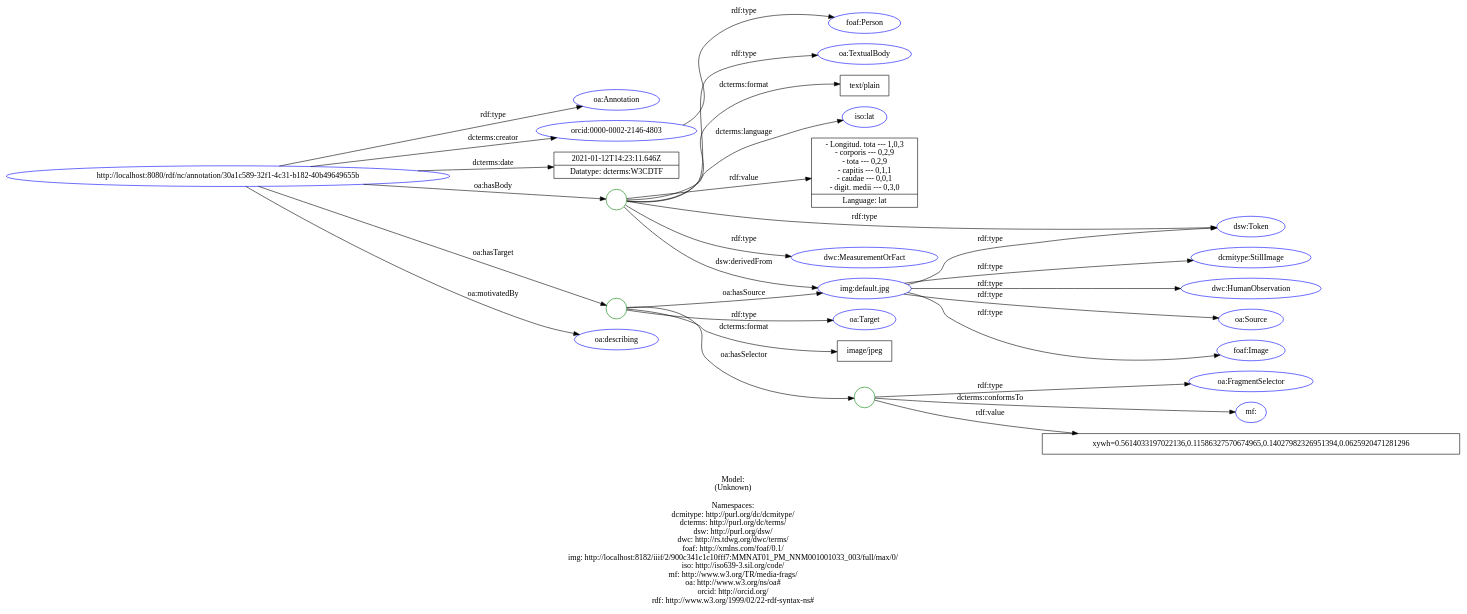
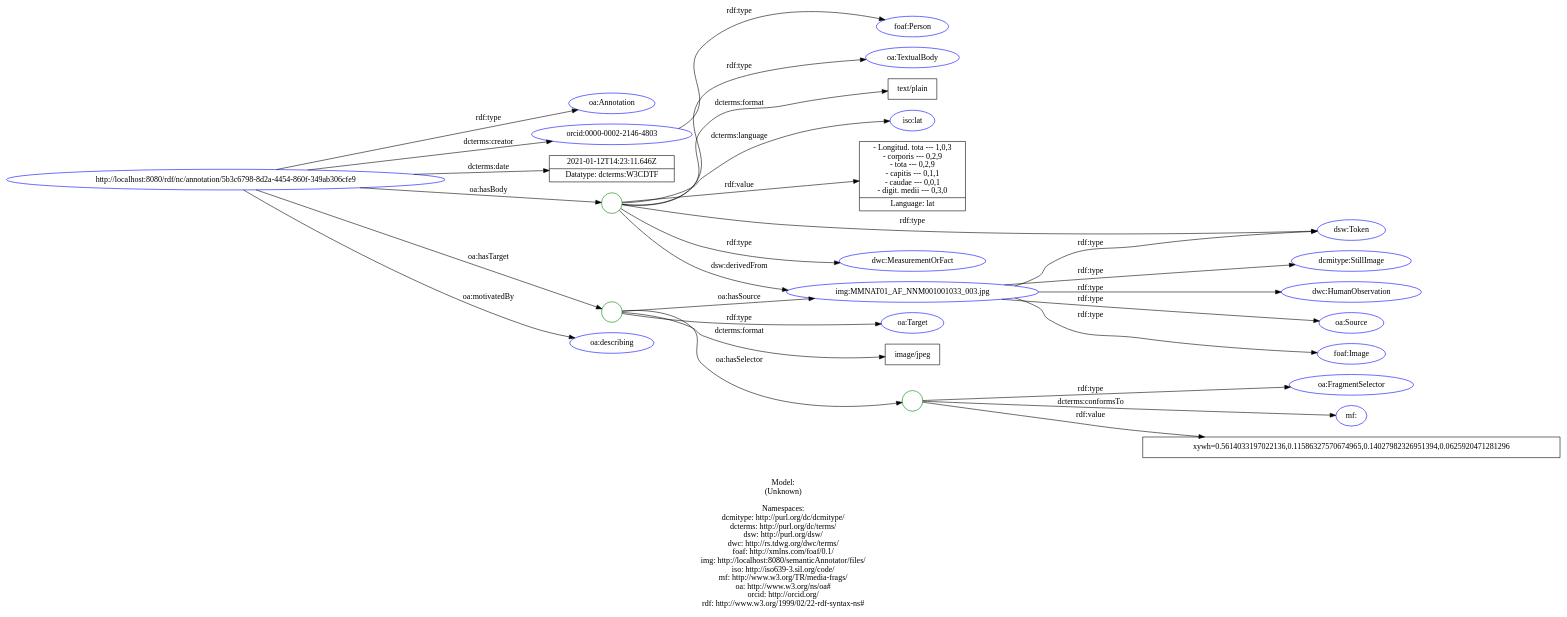
Before and after one commit to lisestork/SFB-Annotator: the diagram in doc/models/example_4_1.dot, drawn with Graphviz. The commit also changed 9 other files, not shown here.

Commit message:
Update doc. models in SVG. - change (remote) img:default.jpg to (local) img:MMNAT01_AF_NNM001001033_*.jpg

```diff
--- a/doc/models/example_4_1.dot
+++ b/doc/models/example_4_1.dot
@@ -1,64 +1,64 @@
 digraph {
 	rankdir = LR;
 	charset="utf-8";
 
-	"Rhttp://localhost:8080/rdf/nc/annotation/30a1c589-32f1-4c31-b182-40b49649655b" -> "Roa:Annotation" [ label="rdf:type" ];
-	"Rhttp://localhost:8080/rdf/nc/annotation/30a1c589-32f1-4c31-b182-40b49649655b" -> "Rorcid:0000-0002-2146-4803" [ label="dcterms:creator" ];
-	"Rhttp://localhost:8080/rdf/nc/annotation/30a1c589-32f1-4c31-b182-40b49649655b" -> "L2021-01-12T14:23:11.646Z|Datatype: dcterms:W3CDTF" [ label="dcterms:date" ];
-	"Rhttp://localhost:8080/rdf/nc/annotation/30a1c589-32f1-4c31-b182-40b49649655b" -> "B_:node1f0gq2gelx62" [ label="oa:hasBody" ];
-	"B_:node1f0gq2gelx62" -> "Rdsw:Token" [ label="rdf:type" ];
-	"B_:node1f0gq2gelx62" -> "Rdwc:MeasurementOrFact" [ label="rdf:type" ];
-	"B_:node1f0gq2gelx62" -> "Roa:TextualBody" [ label="rdf:type" ];
-	"B_:node1f0gq2gelx62" -> "Ltext/plain" [ label="dcterms:format" ];
-	"B_:node1f0gq2gelx62" -> "Riso:lat" [ label="dcterms:language" ];
-	"B_:node1f0gq2gelx62" -> "Rimg:default.jpg" [ label="dsw:derivedFrom" ];
-	"B_:node1f0gq2gelx62" -> "L- Longitud. tota --- 1,0,3\n- corporis --- 0,2,9\n- tota --- 0,2,9\n- capitis --- 0,1,1\n- caudae --- 0,0,1\n- digit. medii --- 0,3,0|Language: lat" [ label="rdf:value" ];
-	"Rhttp://localhost:8080/rdf/nc/annotation/30a1c589-32f1-4c31-b182-40b49649655b" -> "B_:node1f0gq2gelx61" [ label="oa:hasTarget" ];
-	"B_:node1f0gq2gelx61" -> "Roa:Target" [ label="rdf:type" ];
-	"B_:node1f0gq2gelx61" -> "Limage/jpeg" [ label="dcterms:format" ];
-	"B_:node1f0gq2gelx61" -> "B_:node1f0gq2gelx64" [ label="oa:hasSelector" ];
-	"B_:node1f0gq2gelx64" -> "Roa:FragmentSelector" [ label="rdf:type" ];
-	"B_:node1f0gq2gelx64" -> "Rmf:" [ label="dcterms:conformsTo" ];
-	"B_:node1f0gq2gelx64" -> "Lxywh=0.5614033197022136,0.11586327570674965,0.14027982326951394,0.0625920471281296" [ label="rdf:value" ];
-	"B_:node1f0gq2gelx61" -> "Rimg:default.jpg" [ label="oa:hasSource" ];
-	"Rhttp://localhost:8080/rdf/nc/annotation/30a1c589-32f1-4c31-b182-40b49649655b" -> "Roa:describing" [ label="oa:motivatedBy" ];
+	"Rhttp://localhost:8080/rdf/nc/annotation/5b3c6798-8d2a-4454-860f-349ab306cfe9" -> "Roa:Annotation" [ label="rdf:type" ];
+	"Rhttp://localhost:8080/rdf/nc/annotation/5b3c6798-8d2a-4454-860f-349ab306cfe9" -> "Rorcid:0000-0002-2146-4803" [ label="dcterms:creator" ];
+	"Rhttp://localhost:8080/rdf/nc/annotation/5b3c6798-8d2a-4454-860f-349ab306cfe9" -> "L2021-01-12T14:23:11.646Z|Datatype: dcterms:W3CDTF" [ label="dcterms:date" ];
+	"Rhttp://localhost:8080/rdf/nc/annotation/5b3c6798-8d2a-4454-860f-349ab306cfe9" -> "B_:node1f0gq2gelx19" [ label="oa:hasBody" ];
+	"B_:node1f0gq2gelx19" -> "Rdsw:Token" [ label="rdf:type" ];
+	"B_:node1f0gq2gelx19" -> "Rdwc:MeasurementOrFact" [ label="rdf:type" ];
+	"B_:node1f0gq2gelx19" -> "Roa:TextualBody" [ label="rdf:type" ];
+	"B_:node1f0gq2gelx19" -> "Ltext/plain" [ label="dcterms:format" ];
+	"B_:node1f0gq2gelx19" -> "Riso:lat" [ label="dcterms:language" ];
+	"B_:node1f0gq2gelx19" -> "Rimg:MMNAT01_AF_NNM001001033_003.jpg" [ label="dsw:derivedFrom" ];
+	"B_:node1f0gq2gelx19" -> "L- Longitud. tota --- 1,0,3\n- corporis --- 0,2,9\n- tota --- 0,2,9\n- capitis --- 0,1,1\n- caudae --- 0,0,1\n- digit. medii --- 0,3,0|Language: lat" [ label="rdf:value" ];
+	"Rhttp://localhost:8080/rdf/nc/annotation/5b3c6798-8d2a-4454-860f-349ab306cfe9" -> "B_:node1f0gq2gelx18" [ label="oa:hasTarget" ];
+	"B_:node1f0gq2gelx18" -> "Roa:Target" [ label="rdf:type" ];
+	"B_:node1f0gq2gelx18" -> "Limage/jpeg" [ label="dcterms:format" ];
+	"B_:node1f0gq2gelx18" -> "B_:node1f0gq2gelx21" [ label="oa:hasSelector" ];
+	"B_:node1f0gq2gelx21" -> "Roa:FragmentSelector" [ label="rdf:type" ];
+	"B_:node1f0gq2gelx21" -> "Rmf:" [ label="dcterms:conformsTo" ];
+	"B_:node1f0gq2gelx21" -> "Lxywh=0.5614033197022136,0.11586327570674965,0.14027982326951394,0.0625920471281296" [ label="rdf:value" ];
+	"B_:node1f0gq2gelx18" -> "Rimg:MMNAT01_AF_NNM001001033_003.jpg" [ label="oa:hasSource" ];
+	"Rhttp://localhost:8080/rdf/nc/annotation/5b3c6798-8d2a-4454-860f-349ab306cfe9" -> "Roa:describing" [ label="oa:motivatedBy" ];
 	"Rorcid:0000-0002-2146-4803" -> "Rfoaf:Person" [ label="rdf:type" ];
-	"Rimg:default.jpg" -> "Rdcmitype:StillImage" [ label="rdf:type" ];
-	"Rimg:default.jpg" -> "Rdsw:Token" [ label="rdf:type" ];
-	"Rimg:default.jpg" -> "Rdwc:HumanObservation" [ label="rdf:type" ];
-	"Rimg:default.jpg" -> "Roa:Source" [ label="rdf:type" ];
-	"Rimg:default.jpg" -> "Rfoaf:Image" [ label="rdf:type" ];
+	"Rimg:MMNAT01_AF_NNM001001033_003.jpg" -> "Rdcmitype:StillImage" [ label="rdf:type" ];
+	"Rimg:MMNAT01_AF_NNM001001033_003.jpg" -> "Rdsw:Token" [ label="rdf:type" ];
+	"Rimg:MMNAT01_AF_NNM001001033_003.jpg" -> "Rdwc:HumanObservation" [ label="rdf:type" ];
+	"Rimg:MMNAT01_AF_NNM001001033_003.jpg" -> "Roa:Source" [ label="rdf:type" ];
+	"Rimg:MMNAT01_AF_NNM001001033_003.jpg" -> "Rfoaf:Image" [ label="rdf:type" ];
 
 	// Resources
-	"Rhttp://localhost:8080/rdf/nc/annotation/30a1c589-32f1-4c31-b182-40b49649655b" [ label="http://localhost:8080/rdf/nc/annotation/30a1c589-32f1-4c31-b182-40b49649655b", shape = ellipse, color = blue ];
+	"Rhttp://localhost:8080/rdf/nc/annotation/5b3c6798-8d2a-4454-860f-349ab306cfe9" [ label="http://localhost:8080/rdf/nc/annotation/5b3c6798-8d2a-4454-860f-349ab306cfe9", shape = ellipse, color = blue ];
 	"Roa:Annotation" [ label="oa:Annotation", shape = ellipse, color = blue ];
 	"Rorcid:0000-0002-2146-4803" [ label="orcid:0000-0002-2146-4803", shape = ellipse, color = blue ];
 	"Rdsw:Token" [ label="dsw:Token", shape = ellipse, color = blue ];
 	"Rdwc:MeasurementOrFact" [ label="dwc:MeasurementOrFact", shape = ellipse, color = blue ];
 	"Roa:TextualBody" [ label="oa:TextualBody", shape = ellipse, color = blue ];
 	"Riso:lat" [ label="iso:lat", shape = ellipse, color = blue ];
-	"Rimg:default.jpg" [ label="img:default.jpg", shape = ellipse, color = blue ];
+	"Rimg:MMNAT01_AF_NNM001001033_003.jpg" [ label="img:MMNAT01_AF_NNM001001033_003.jpg", shape = ellipse, color = blue ];
 	"Roa:Target" [ label="oa:Target", shape = ellipse, color = blue ];
 	"Roa:FragmentSelector" [ label="oa:FragmentSelector", shape = ellipse, color = blue ];
 	"Rmf:" [ label="mf:", shape = ellipse, color = blue ];
 	"Roa:describing" [ label="oa:describing", shape = ellipse, color = blue ];
 	"Rfoaf:Person" [ label="foaf:Person", shape = ellipse, color = blue ];
 	"Rdcmitype:StillImage" [ label="dcmitype:StillImage", shape = ellipse, color = blue ];
 	"Rdwc:HumanObservation" [ label="dwc:HumanObservation", shape = ellipse, color = blue ];
 	"Roa:Source" [ label="oa:Source", shape = ellipse, color = blue ];
 	"Rfoaf:Image" [ label="foaf:Image", shape = ellipse, color = blue ];
 
 	// Anonymous nodes
-	"B_:node1f0gq2gelx62" [ label="", shape = circle, color = green ];
-	"B_:node1f0gq2gelx61" [ label="", shape = circle, color = green ];
-	"B_:node1f0gq2gelx64" [ label="", shape = circle, color = green ];
+	"B_:node1f0gq2gelx19" [ label="", shape = circle, color = green ];
+	"B_:node1f0gq2gelx18" [ label="", shape = circle, color = green ];
+	"B_:node1f0gq2gelx21" [ label="", shape = circle, color = green ];
 
 	// Literals
 	"L2021-01-12T14:23:11.646Z|Datatype: dcterms:W3CDTF" [ label="2021-01-12T14:23:11.646Z|Datatype: dcterms:W3CDTF", shape = record ];
 	"Ltext/plain" [ label="text/plain", shape = record ];
 	"L- Longitud. tota --- 1,0,3\n- corporis --- 0,2,9\n- tota --- 0,2,9\n- capitis --- 0,1,1\n- caudae --- 0,0,1\n- digit. medii --- 0,3,0|Language: lat" [ label="- Longitud. tota --- 1,0,3\n- corporis --- 0,2,9\n- tota --- 0,2,9\n- capitis --- 0,1,1\n- caudae --- 0,0,1\n- digit. medii --- 0,3,0|Language: lat", shape = record ];
 	"Limage/jpeg" [ label="image/jpeg", shape = record ];
 	"Lxywh=0.5614033197022136,0.11586327570674965,0.14027982326951394,0.0625920471281296" [ label="xywh=0.5614033197022136,0.11586327570674965,0.14027982326951394,0.0625920471281296", shape = record ];
 
-	label="\n\nModel:\n(Unknown)\n\nNamespaces:\ndcmitype: http://purl.org/dc/dcmitype/\ndcterms: http://purl.org/dc/terms/\ndsw: http://purl.org/dsw/\ndwc: http://rs.tdwg.org/dwc/terms/\nfoaf: http://xmlns.com/foaf/0.1/\nimg: http://localhost:8182/iiif/2/900c341c1c10fff7:MMNAT01_PM_NNM001001033_003/full/max/0/\niso: http://iso639-3.sil.org/code/\nmf: http://www.w3.org/TR/media-frags/\noa: http://www.w3.org/ns/oa#\norcid: http://orcid.org/\nrdf: http://www.w3.org/1999/02/22-rdf-syntax-ns#\n";
+	label="\n\nModel:\n(Unknown)\n\nNamespaces:\ndcmitype: http://purl.org/dc/dcmitype/\ndcterms: http://purl.org/dc/terms/\ndsw: http://purl.org/dsw/\ndwc: http://rs.tdwg.org/dwc/terms/\nfoaf: http://xmlns.com/foaf/0.1/\nimg: http://localhost:8080/semanticAnnotator/files/\niso: http://iso639-3.sil.org/code/\nmf: http://www.w3.org/TR/media-frags/\noa: http://www.w3.org/ns/oa#\norcid: http://orcid.org/\nrdf: http://www.w3.org/1999/02/22-rdf-syntax-ns#\n";
 }
```
